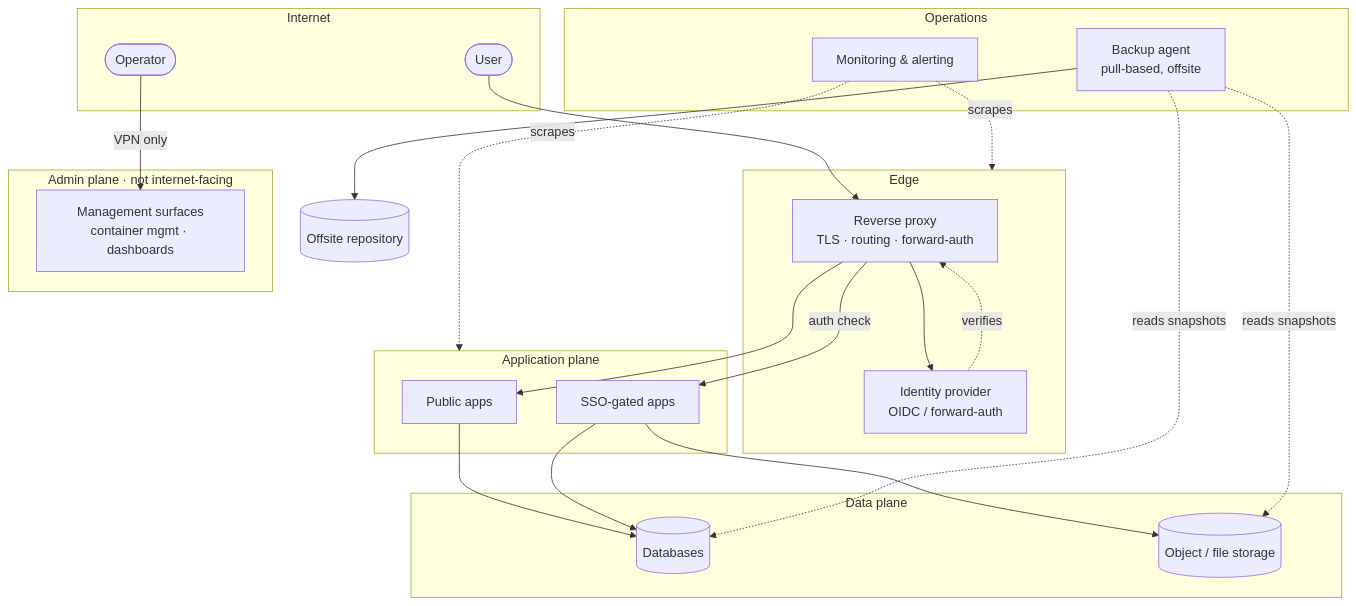
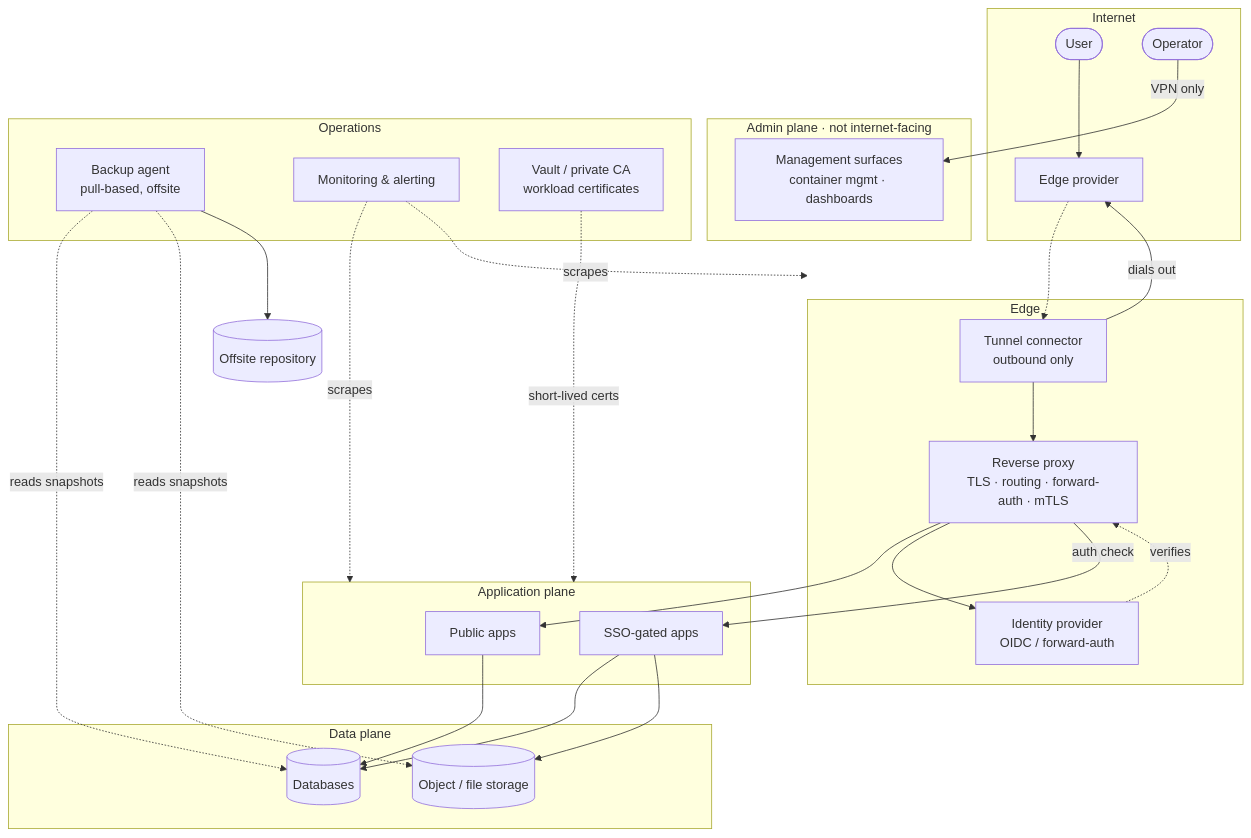
One commit to MarioLealP/homelab-platform-blueprint changed the diagram in README.md. Above: the diagram before and after it, drawn with Mermaid. The commit also changed other lines of this file and 13 other files, not shown here.

````diff
--- a/README.md
+++ b/README.md
@@ -24,46 +28,53 @@
 ```mermaid
 flowchart TB
     subgraph internet [Internet]
         user([User])
         admin([Operator])
+        cdn[Edge provider]
     end
 
     subgraph edge [Edge]
-        proxy[Reverse proxy<br/>TLS · routing · forward-auth]
+        tunnel[Tunnel connector<br/>outbound only]
+        proxy[Reverse proxy<br/>TLS · routing · forward-auth · mTLS]
         idp[Identity provider<br/>OIDC / forward-auth]
     end
 
     subgraph apps [Application plane]
         pub[Public apps]
         priv[SSO-gated apps]
     end
 
     subgraph adminplane [Admin plane · not internet-facing]
         mgmt[Management surfaces<br/>container mgmt · dashboards]
     end
 
     subgraph data [Data plane]
         db[(Databases)]
         obj[(Object / file storage)]
     end
 
     subgraph ops [Operations]
         backup[Backup agent<br/>pull-based, offsite]
         mon[Monitoring &amp; alerting]
+        vault[Vault / private CA<br/>workload certificates]
     end
 
-    user --> proxy
+    user --> cdn
+    tunnel -->|dials out| cdn
+    cdn -.-> tunnel
+    tunnel --> proxy
     admin -->|VPN only| mgmt
     proxy --> pub
     proxy --> idp
     proxy -->|auth check| priv
     idp -.->|verifies| proxy
     pub --> db
     priv --> db
     priv --> obj
     backup -.->|reads snapshots| db
     backup -.->|reads snapshots| obj
     backup --> offsite[(Offsite repository)]
     mon -.->|scrapes| apps
     mon -.->|scrapes| edge
+    vault -.->|short-lived certs| apps
 ```
````
